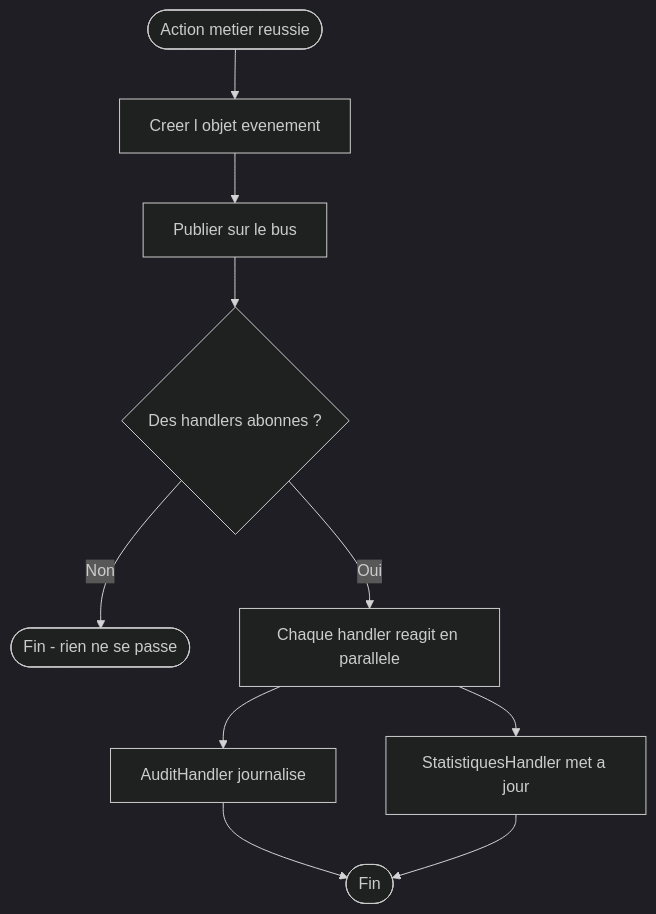
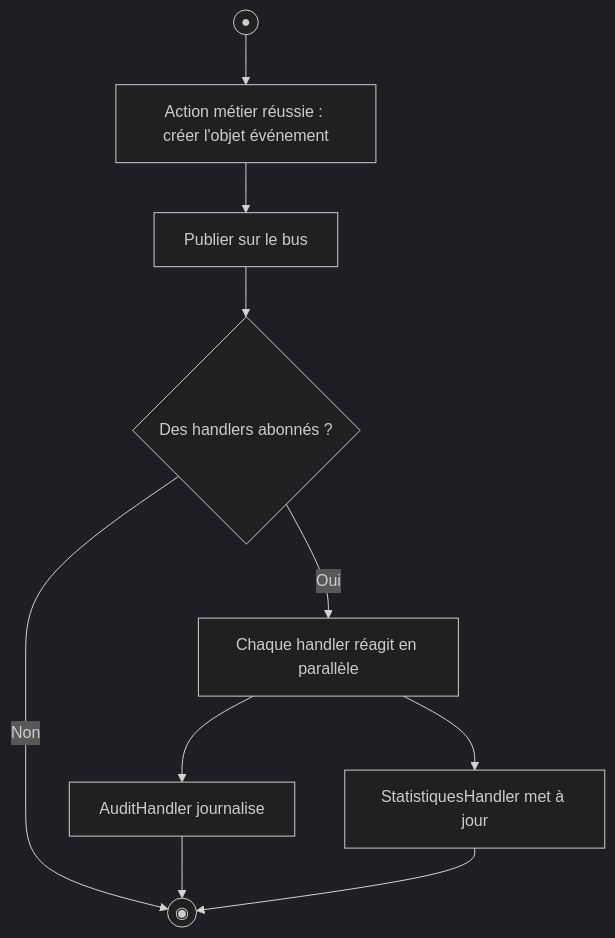
One commit to BTS1-SIO-SLAM-LSW/playlist-csharp changed the fourth of 5 diagrams in PlaylistAppAPI/TP4_GUIDE.md. Above: the diagram before and after it, drawn with Mermaid (dark theme). The commit also changed other lines of this file and 6 other files, not shown here.

````diff
--- a/PlaylistAppAPI/TP4_GUIDE.md
+++ b/PlaylistAppAPI/TP4_GUIDE.md
@@ -190,12 +190,12 @@
 ```mermaid
 flowchart TD
-    D([Action metier reussie]) --> P[Creer l objet evenement]
-    P --> PUB[Publier sur le bus]
-    PUB --> Q{Des handlers abonnes ?}
-    Q -->|Non| F([Fin - rien ne se passe])
-    Q -->|Oui| H[Chaque handler reagit en parallele]
-    H --> A[AuditHandler journalise]
-    H --> S[StatistiquesHandler met a jour]
-    A --> F2([Fin])
-    S --> F2
+    ini(("●")) --> P["Action métier réussie : créer l'objet événement"]
+    P --> PUB["Publier sur le bus"]
+    PUB --> Q{"Des handlers abonnés ?"}
+    Q -->|"Non"| fin(("◉"))
+    Q -->|"Oui"| H["Chaque handler réagit en parallèle"]
+    H --> A["AuditHandler journalise"]
+    H --> S["StatistiquesHandler met à jour"]
+    A --> fin
+    S --> fin
 ```
````
